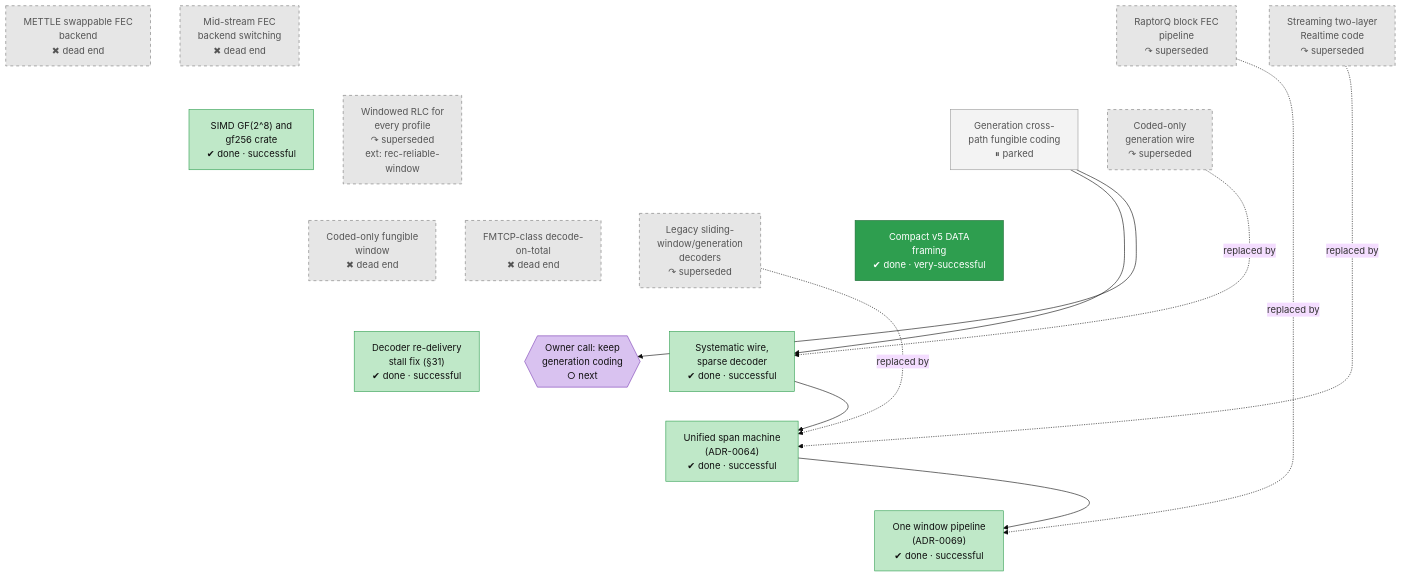
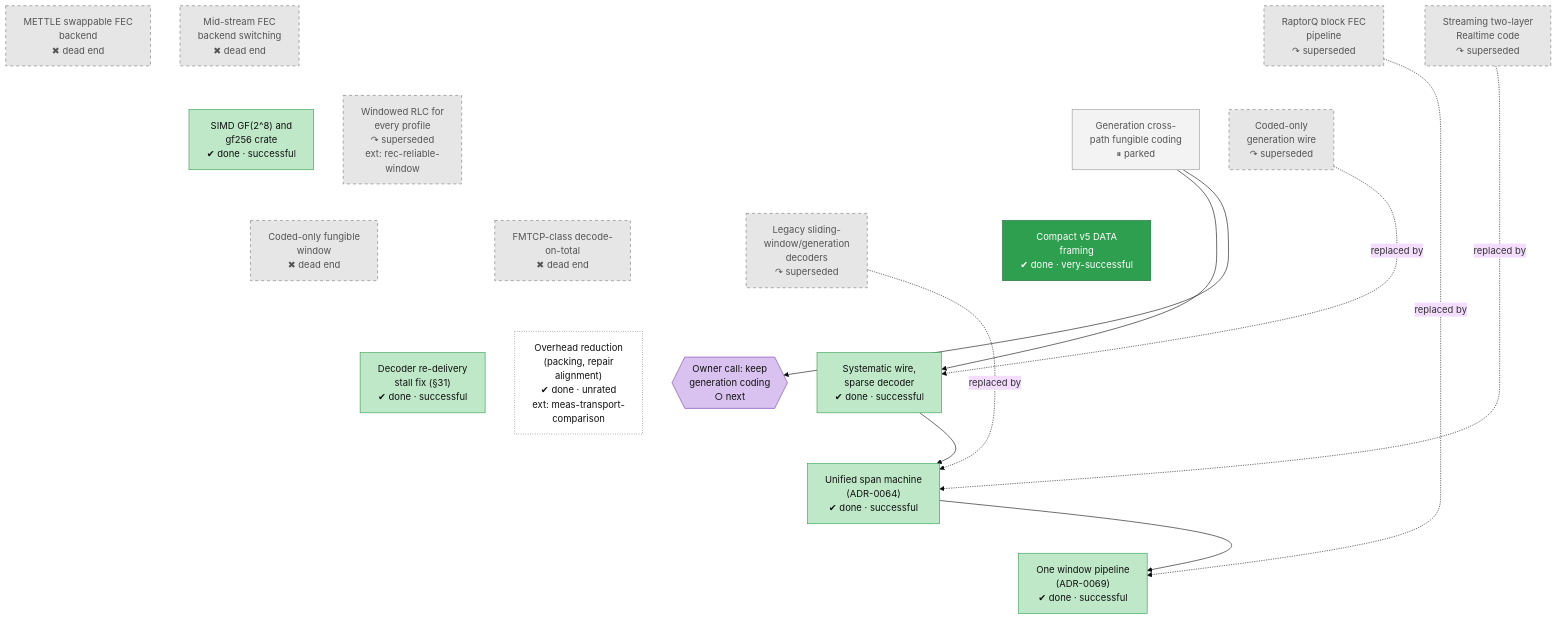
One commit to lhns/raptorpath changed the diagram in docs/roadmap/tracks/cod.md. Above: the diagram before and after it, drawn with Mermaid (base theme). The commit also changed other lines of this file and 13 other files, not shown here.

Commit message:
roadmap: group missing history into nodes (ADR evidence, 22 new nodes, state fixes); rerun audit

````diff
--- a/docs/roadmap/tracks/cod.md
+++ b/docs/roadmap/tracks/cod.md
@@ -26,6 +26,7 @@
     cod_wire_compact["Compact v5 DATA<br/>framing<br/>✔ done · very-successful"]
     cod_debug_stall["Decoder re-delivery<br/>stall fix (#167;31)<br/>✔ done · successful"]
     cod_user_generation_seat{{"Owner call: keep<br/>generation coding<br/>○ next"}}
+    cod_overhead_reduction["Overhead reduction<br/>(packing, repair<br/>alignment)<br/>✔ done · unrated<br/>ext: meas-transport-<br/>comparison"]
     cod_block_pipeline ~~~ cod_gf256_simd
     cod_block_pipeline ~~~ cod_rlc_all_profiles
     cod_block_pipeline ~~~ cod_generation_coding
@@ -59,18 +60,23 @@
     cod_coded_only_wire ~~~ cod_legacy_rlc
     cod_coded_only_wire ~~~ cod_wire_compact
     cod_fungible_window ~~~ cod_debug_stall
+    cod_fungible_window ~~~ cod_overhead_reduction
     cod_fungible_window ~~~ cod_systematic_wire
     cod_fungible_window ~~~ cod_user_generation_seat
     cod_fmtcp ~~~ cod_debug_stall
+    cod_fmtcp ~~~ cod_overhead_reduction
     cod_fmtcp ~~~ cod_systematic_wire
     cod_fmtcp ~~~ cod_user_generation_seat
     cod_legacy_rlc ~~~ cod_debug_stall
+    cod_legacy_rlc ~~~ cod_overhead_reduction
     cod_legacy_rlc ~~~ cod_systematic_wire
     cod_legacy_rlc ~~~ cod_user_generation_seat
     cod_wire_compact ~~~ cod_debug_stall
+    cod_wire_compact ~~~ cod_overhead_reduction
     cod_wire_compact ~~~ cod_systematic_wire
     cod_wire_compact ~~~ cod_user_generation_seat
     cod_debug_stall ~~~ cod_unified_span
+    cod_overhead_reduction ~~~ cod_unified_span
     cod_systematic_wire ~~~ cod_unified_span
     cod_user_generation_seat ~~~ cod_unified_span
     cod_unified_span ~~~ cod_one_pipeline
@@ -100,4 +106,5 @@
     class cod_generation_coding parked
     class cod_wire_compact vsucc
     class cod_user_generation_seat userdec
+    class cod_overhead_reduction unrated
 ```
````
